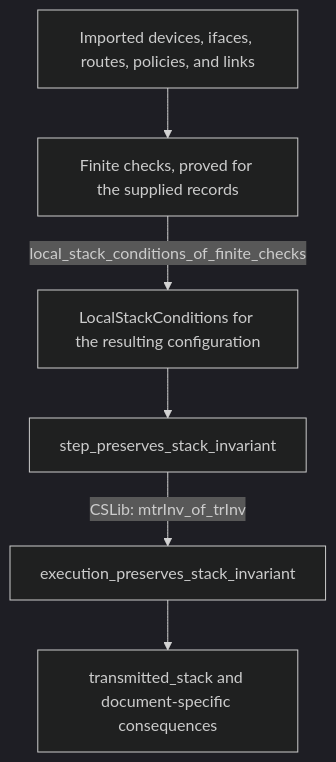
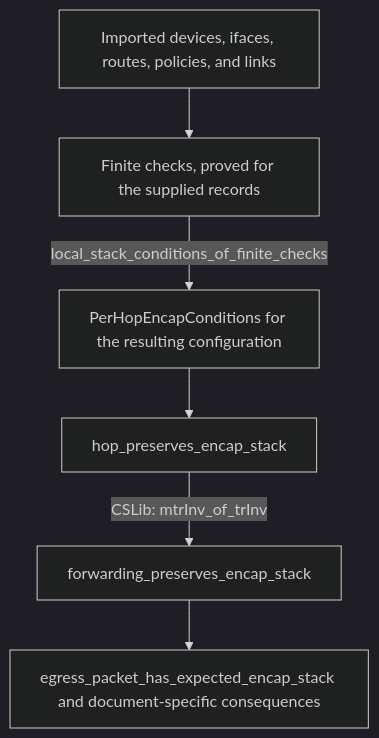
One commit to HongyuHe/TDN changed the diagram in docs/semantics.md. Above: the diagram before and after it, drawn with Mermaid (dark theme). The commit also changed other lines of this file and 1473 other files, not shown here.

````diff
--- a/docs/semantics.md
+++ b/docs/semantics.md
@@ -66,14 +64,14 @@
 ```mermaid
 flowchart TD
     records["Imported devices, ifaces, routes, policies, and links"]
     checks["Finite checks, proved for the supplied records"]
-    local["LocalStackConditions for the resulting configuration"]
-    step["step_preserves_stack_invariant"]
-    trace["execution_preserves_stack_invariant"]
-    result["transmitted_stack and document-specific consequences"]
+    local["PerHopEncapConditions for the resulting configuration"]
+    step["hop_preserves_encap_stack"]
+    trace["forwarding_preserves_encap_stack"]
+    result["egress_packet_has_expected_encap_stack and document-specific consequences"]
     records --> checks
     checks -->|"local_stack_conditions_of_finite_checks"| local
     local --> step
     step -->|"CSLib: mtrInv_of_trInv"| trace
     trace --> result
 ```
````
